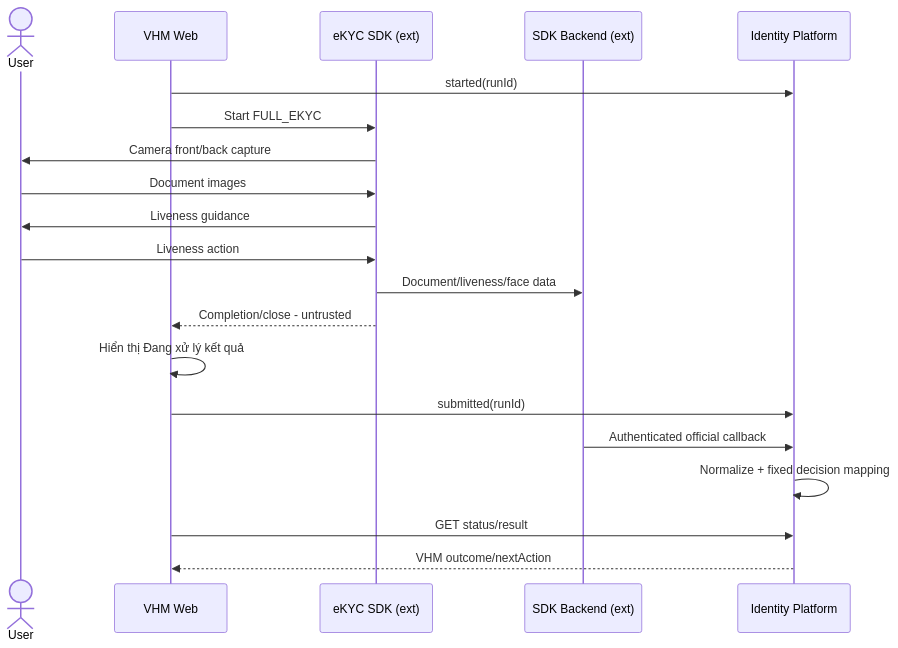
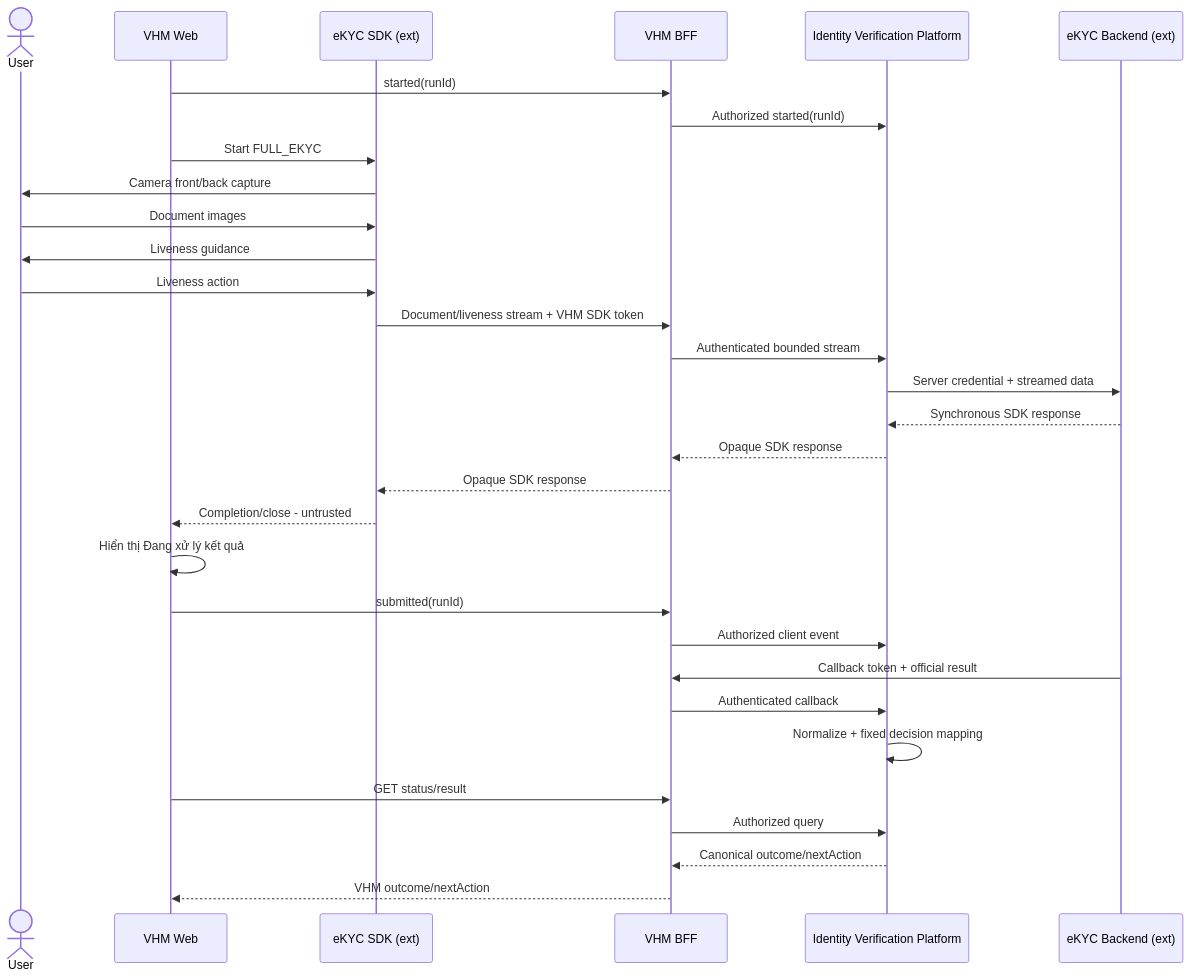
One commit to huynv-xyz/vhm changed diagram 16 of 23 in README.md. Above: the diagram before and after it, drawn with Mermaid. The commit also changed other lines of this file, not shown here.

````diff
--- a/README.md
+++ b/README.md
@@ -1828,22 +1966,33 @@
 ```mermaid
 sequenceDiagram
     actor User
     participant WEB as VHM Web
     participant SDK as eKYC SDK (ext)
-    participant BACKEND as SDK Backend (ext)
-    participant IV as Identity Platform
-    WEB->>IV: started(runId)
+    participant BFF as VHM BFF
+    participant IV as Identity Verification Platform
+    participant BACKEND as eKYC Backend (ext)
+    WEB->>BFF: started(runId)
+    BFF->>IV: Authorized started(runId)
     WEB->>SDK: Start FULL_EKYC
     SDK->>User: Camera front/back capture
     User->>SDK: Document images
     SDK->>User: Liveness guidance
     User->>SDK: Liveness action
-    SDK->>BACKEND: Document/liveness/face data
+    SDK->>BFF: Document/liveness stream + VHM SDK token
+    BFF->>IV: Authenticated bounded stream
+    IV->>BACKEND: Server credential + streamed data
+    BACKEND-->>IV: Synchronous SDK response
+    IV-->>BFF: Opaque SDK response
+    BFF-->>SDK: Opaque SDK response
     SDK-->>WEB: Completion/close - untrusted
     WEB->>WEB: Hiển thị Đang xử lý kết quả
-    WEB->>IV: submitted(runId)
-    BACKEND->>IV: Authenticated official callback
+    WEB->>BFF: submitted(runId)
+    BFF->>IV: Authorized client event
+    BACKEND->>BFF: Callback token + official result
+    BFF->>IV: Authenticated callback
     IV->>IV: Normalize + fixed decision mapping
-    WEB->>IV: GET status/result
-    IV-->>WEB: VHM outcome/nextAction
+    WEB->>BFF: GET status/result
+    BFF->>IV: Authorized query
+    IV-->>BFF: Canonical outcome/nextAction
+    BFF-->>WEB: VHM outcome/nextAction
 ```
````
